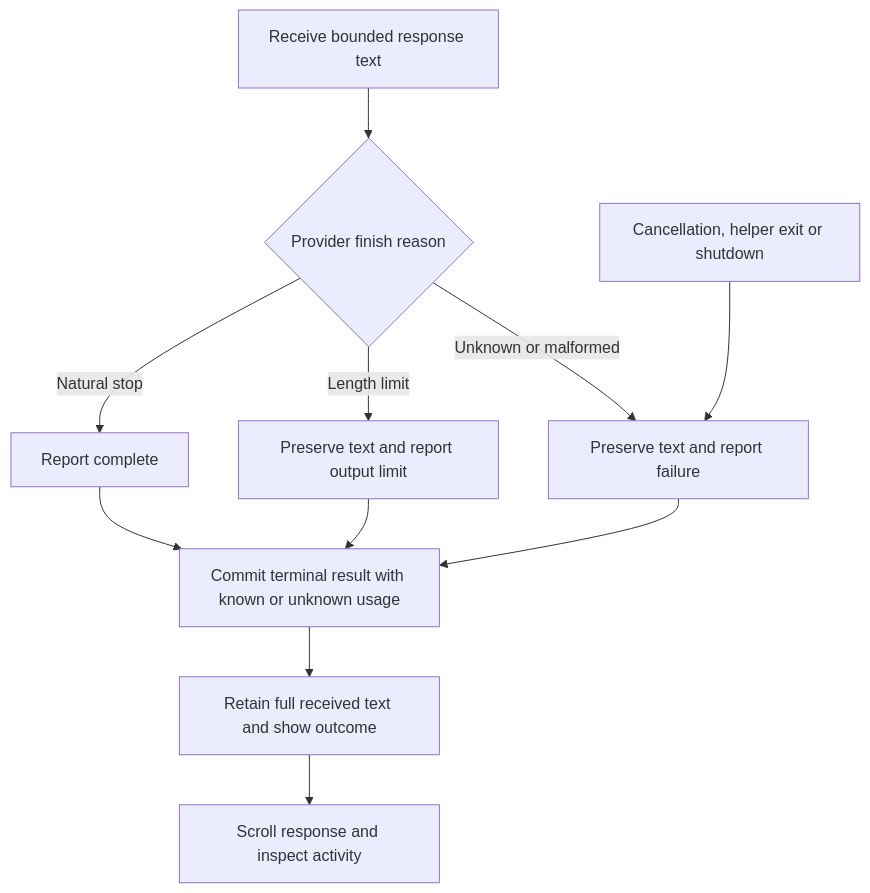
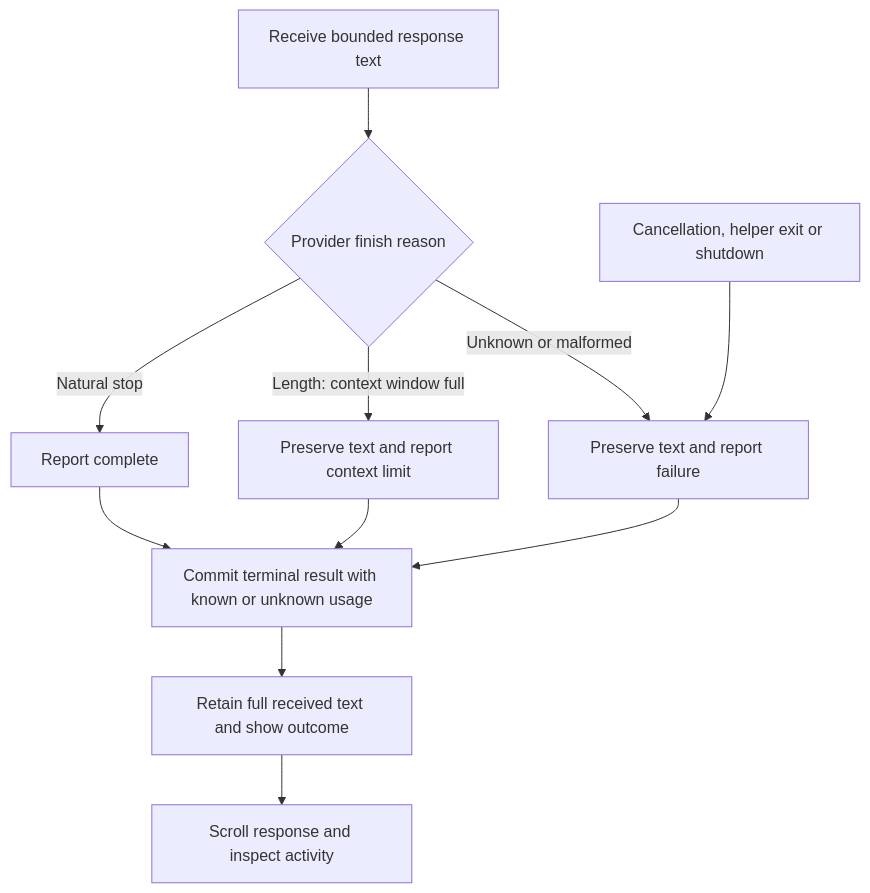
Before and after one commit to pidster/asura: the second of 5 diagrams in docs/designs/response-activity.md, drawn with Mermaid. The commit also changed other lines of this file and 41 other files, not shown here.

````diff
--- a/docs/designs/response-activity.md
+++ b/docs/designs/response-activity.md
@@ -146,13 +151,13 @@
 ```mermaid
 flowchart TD
     Stream[Receive bounded response text] --> Finish{Provider finish reason}
     Finish -->|Natural stop| Complete[Report complete]
-    Finish -->|Length limit| Partial[Preserve text and report output limit]
+    Finish -->|Length: context window full| Partial[Preserve text and report context limit]
     Finish -->|Unknown or malformed| Failed[Preserve text and report failure]
     Cancel[Cancellation, helper exit or shutdown] --> Failed
     Complete --> Commit[Commit terminal result with known or unknown usage]
     Partial --> Commit
     Failed --> Commit
     Commit --> UI[Retain full received text and show outcome]
     UI --> Browse[Scroll response and inspect activity]
 ```
````
